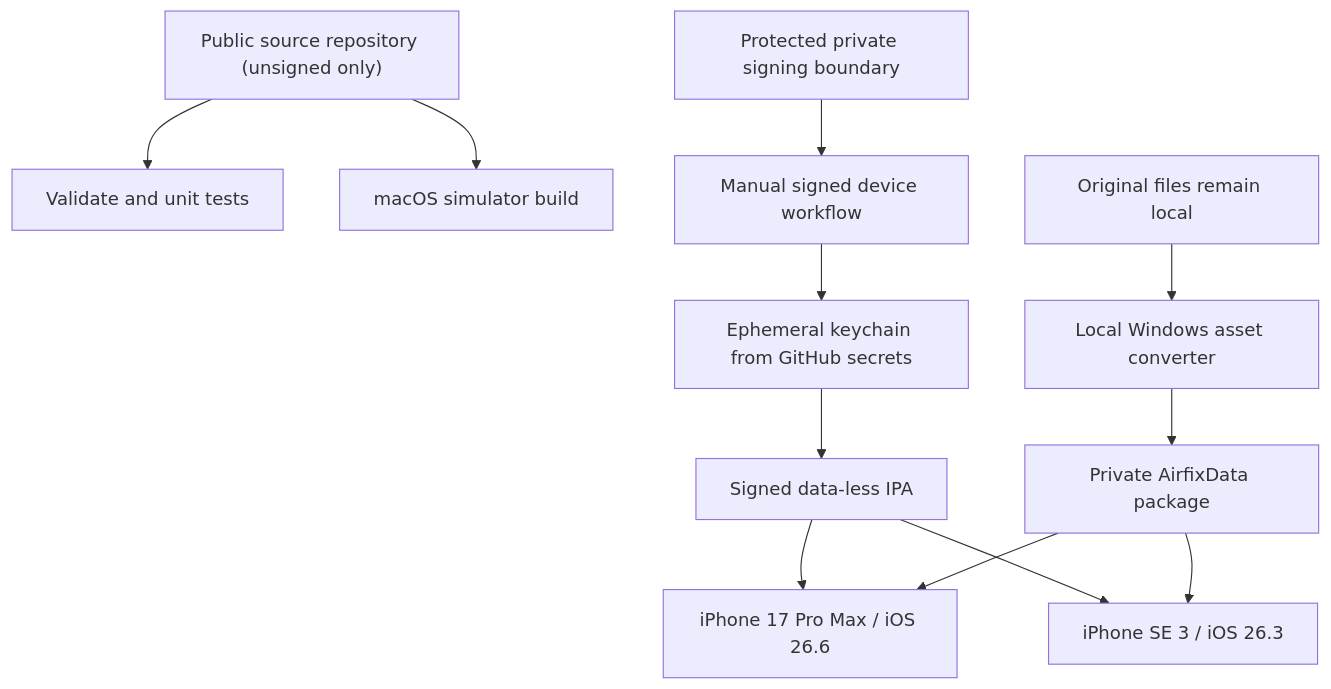
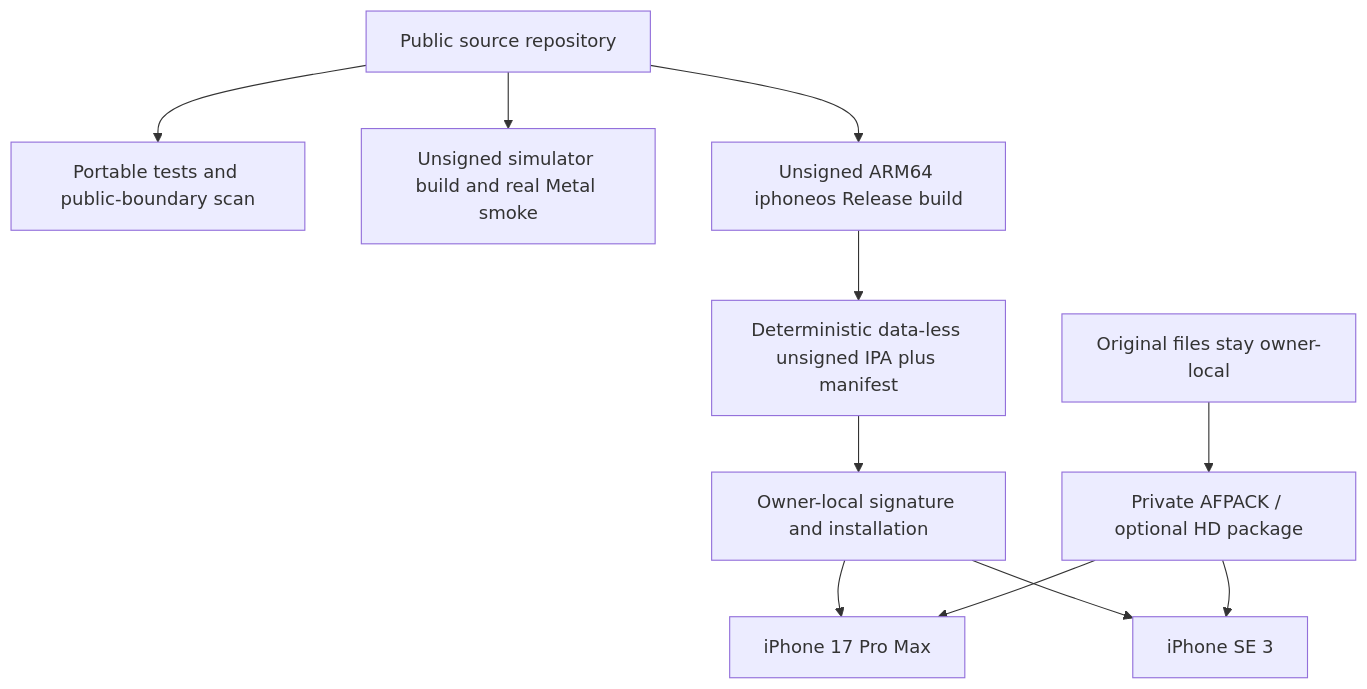
One commit to tryk016/airfix-dogfighter changed the diagram in docs/ci/GITHUB-ACTIONS-IOS.md. Above: the diagram before and after it, drawn with Mermaid. The commit also changed other lines of this file and 27 other files, not shown here.

Commit message:
Add public unsigned iOS package pipeline

````diff
--- a/docs/ci/GITHUB-ACTIONS-IOS.md
+++ b/docs/ci/GITHUB-ACTIONS-IOS.md
@@ -44,14 +44,13 @@
 ```mermaid
 flowchart TD
-    R["Public source repository (unsigned only)"] --> V["Validate and unit tests"]
-    R --> S["macOS simulator build"]
-    P["Protected private signing boundary"] --> D["Manual signed device workflow"]
-    D --> K["Ephemeral keychain from GitHub secrets"]
-    K --> I["Signed data-less IPA"]
-    I --> P1["iPhone 17 Pro Max / iOS 26.6"]
-    I --> P2["iPhone SE 3 / iOS 26.3"]
-    O["Original files remain local"] --> C["Local Windows asset converter"]
-    C --> A["Private AirfixData package"]
-    A --> P1
-    A --> P2
+    R["Public source repository"] --> V["Portable tests and public-boundary scan"]
+    R --> S["Unsigned simulator build and real Metal smoke"]
+    R --> U["Unsigned ARM64 iphoneos Release build"]
+    U --> P["Deterministic data-less unsigned IPA plus manifest"]
+    P --> L["Owner-local signature and installation"]
+    L --> A["iPhone 17 Pro Max"]
+    L --> B["iPhone SE 3"]
+    O["Original files stay owner-local"] --> C["Private AFPACK / optional HD package"]
+    C --> A
+    C --> B
 ```
````
